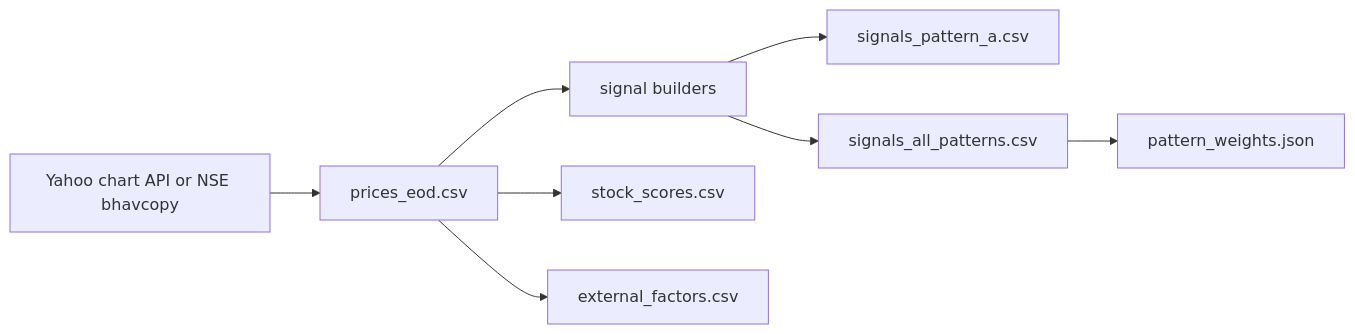
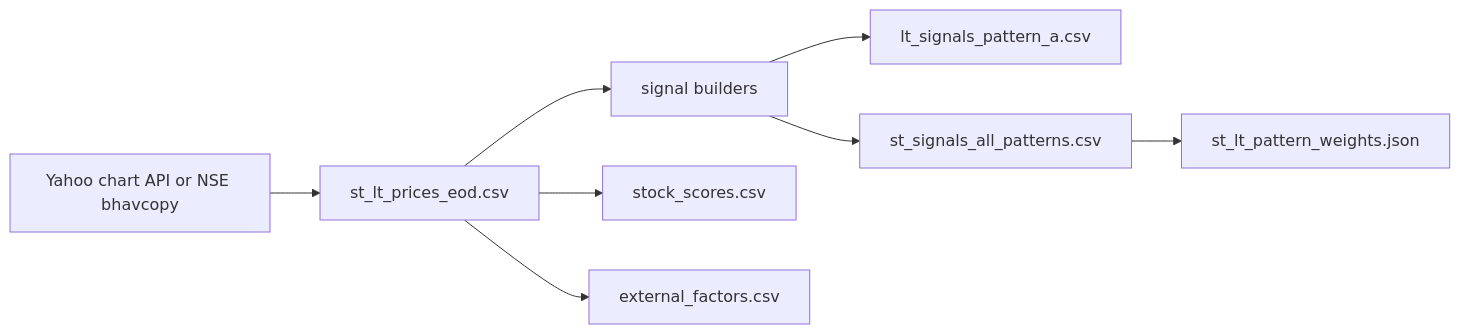
The diagram in stock_triggers/docs/data-source.md (SarbariRoy/stock-operator), drawn with Mermaid before and after one commit. The commit also changed other lines of this file and 80 other files, not shown here.

````diff
--- a/stock_triggers/docs/data-source.md
+++ b/stock_triggers/docs/data-source.md
@@ -15,10 +15,10 @@
 ```mermaid
 flowchart LR
-    A[Yahoo chart API or NSE bhavcopy] --> B[prices_eod.csv]
+    A[Yahoo chart API or NSE bhavcopy] --> B[st_lt_prices_eod.csv]
     B --> C[signal builders]
-    C --> D[signals_pattern_a.csv]
-    C --> E[signals_all_patterns.csv]
-    E --> F[pattern_weights.json]
+    C --> D[lt_signals_pattern_a.csv]
+    C --> E[st_signals_all_patterns.csv]
+    E --> F[st_lt_pattern_weights.json]
     B --> G[stock_scores.csv]
     B --> H[external_factors.csv]
 ```
````
